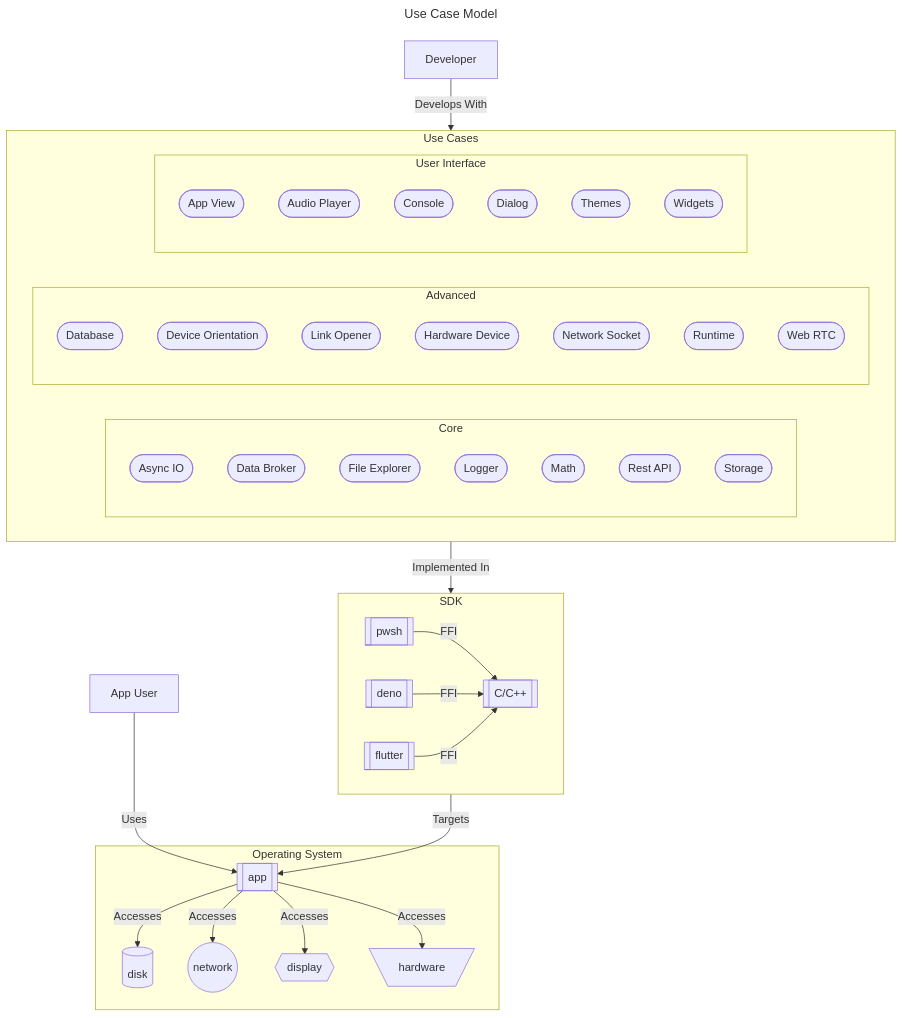
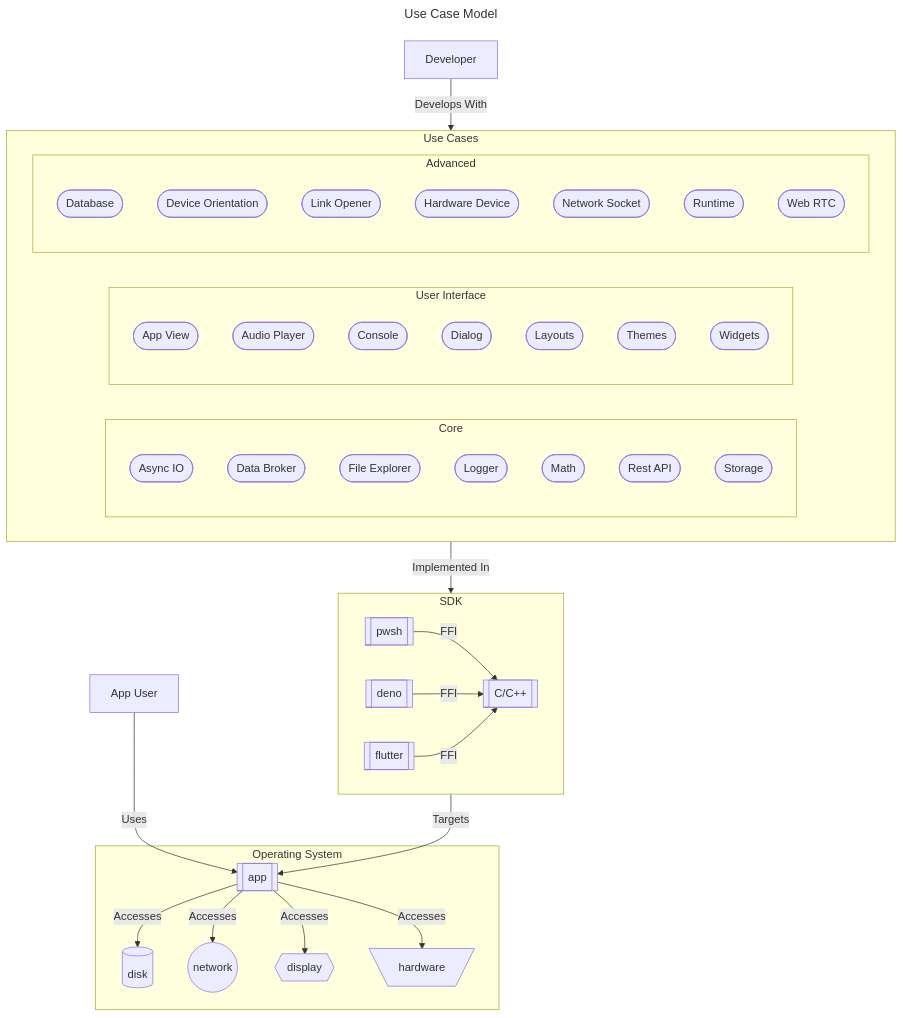
One commit to CodeMelted/codemelted_developer changed the diagram in README.md. Above: the diagram before and after it, drawn with Mermaid. The commit also changed other lines of this file and 1 other file, not shown here.

````diff
--- a/README.md
+++ b/README.md
@@ -29,58 +30,59 @@
 ```mermaid
 ---
 title: Use Case Model
 ---
 flowchart TD
     subgraph ucModel[Use Cases]
         subgraph Core
             ucAsyncIO([Async IO])
             ucDataBroker([Data Broker])
             ucFileExplorer([File Explorer])
             ucLogger([Logger])
             ucMath([Math])
             ucRestAPI([Rest API])
             ucStorage([Storage])
         end
+        subgraph User Interface
+            ucAppView([App View])
+            ucAudioPlayer([Audio Player])
+            ucConsole([Console])
+            ucDialog([Dialog])
+            ucLayouts([Layouts])
+            ucThemes([Themes])
+            ucWidgets([Widgets])
+        end
         subgraph Advanced
             ucDatabase([Database])
             ucDeviceOrientation([Device Orientation])
             ucLinkOpener([Link Opener])
             ucHardwareDevice([Hardware Device])
             ucNetworkSocket([Network Socket])
             ucRuntime([Runtime])
             ucWebRTC([Web RTC])
-        end
-        subgraph User Interface
-            ucAppView([App View])
-            ucAudio([Audio Player])
-            ucConsole([Console])
-            ucDialog([Dialog])
-            ucThemes([Themes])
-            ucWidgets([Widgets])
         end
     end
     subgraph sdk[SDK]
         pwsh[[pwsh]]
         deno[[deno]]
         flutter[[flutter]]
         C[[C/C++]]
     end
     subgraph os[Operating System]
         app[[app]]
         disk[(disk)]
         network((network))
         display{{display}}
         hardware[\hardware/]
     end
     Developer--Develops With-->ucModel
     pwsh--FFI-->C
     deno--FFI-->C
     flutter--FFI-->C
     ucModel--Implemented In-->sdk
     sdk--Targets-->app
     app--Accesses-->disk
     app--Accesses-->network
     app--Accesses-->display
     app--Accesses-->hardware
     appUser[App User]--Uses-->app
 ```
````
